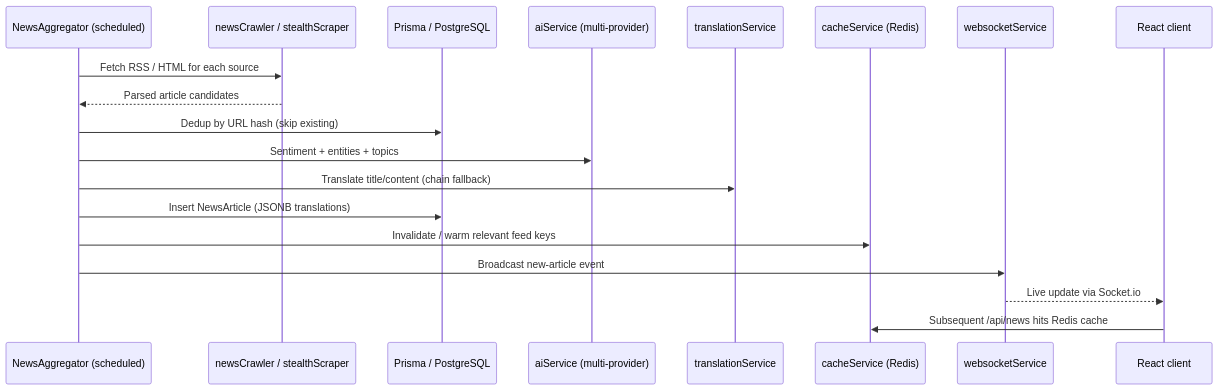
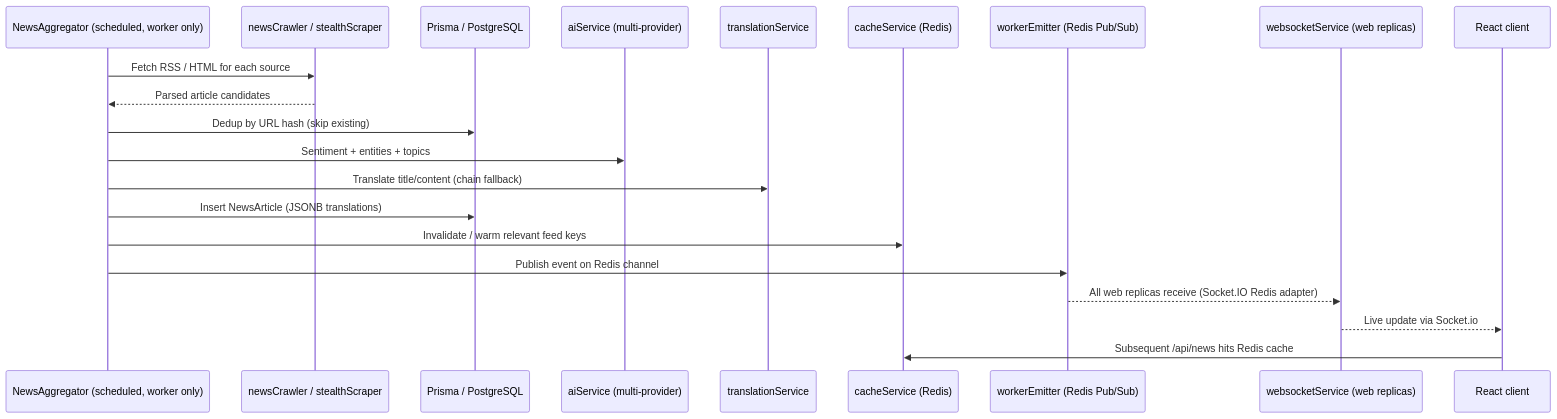
The second of 2 diagrams in docs/ARCHITECTURE.md (ikarusXPS/NewsHubitat), drawn with Mermaid before and after one commit. The commit also changed other lines of this file and 14 other files, not shown here.

````diff
--- a/docs/ARCHITECTURE.md
+++ b/docs/ARCHITECTURE.md
@@ -71,22 +90,24 @@
 ```mermaid
 sequenceDiagram
-  participant Cron as NewsAggregator (scheduled)
+  participant Cron as NewsAggregator (scheduled, worker only)
   participant Crawler as newsCrawler / stealthScraper
   participant DB as Prisma / PostgreSQL
   participant AI as aiService (multi-provider)
   participant Trans as translationService
   participant Cache as cacheService (Redis)
-  participant WS as websocketService
+  participant Emit as workerEmitter (Redis Pub/Sub)
+  participant WS as websocketService (web replicas)
   participant Client as React client
 
   Cron->>Crawler: Fetch RSS / HTML for each source
   Crawler-->>Cron: Parsed article candidates
   Cron->>DB: Dedup by URL hash (skip existing)
   Cron->>AI: Sentiment + entities + topics
   Cron->>Trans: Translate title/content (chain fallback)
   Cron->>DB: Insert NewsArticle (JSONB translations)
   Cron->>Cache: Invalidate / warm relevant feed keys
-  Cron->>WS: Broadcast new-article event
+  Cron->>Emit: Publish event on Redis channel
+  Emit-->>WS: All web replicas receive (Socket.IO Redis adapter)
   WS-->>Client: Live update via Socket.io
   Client->>Cache: Subsequent /api/news hits Redis cache
 ```
````
